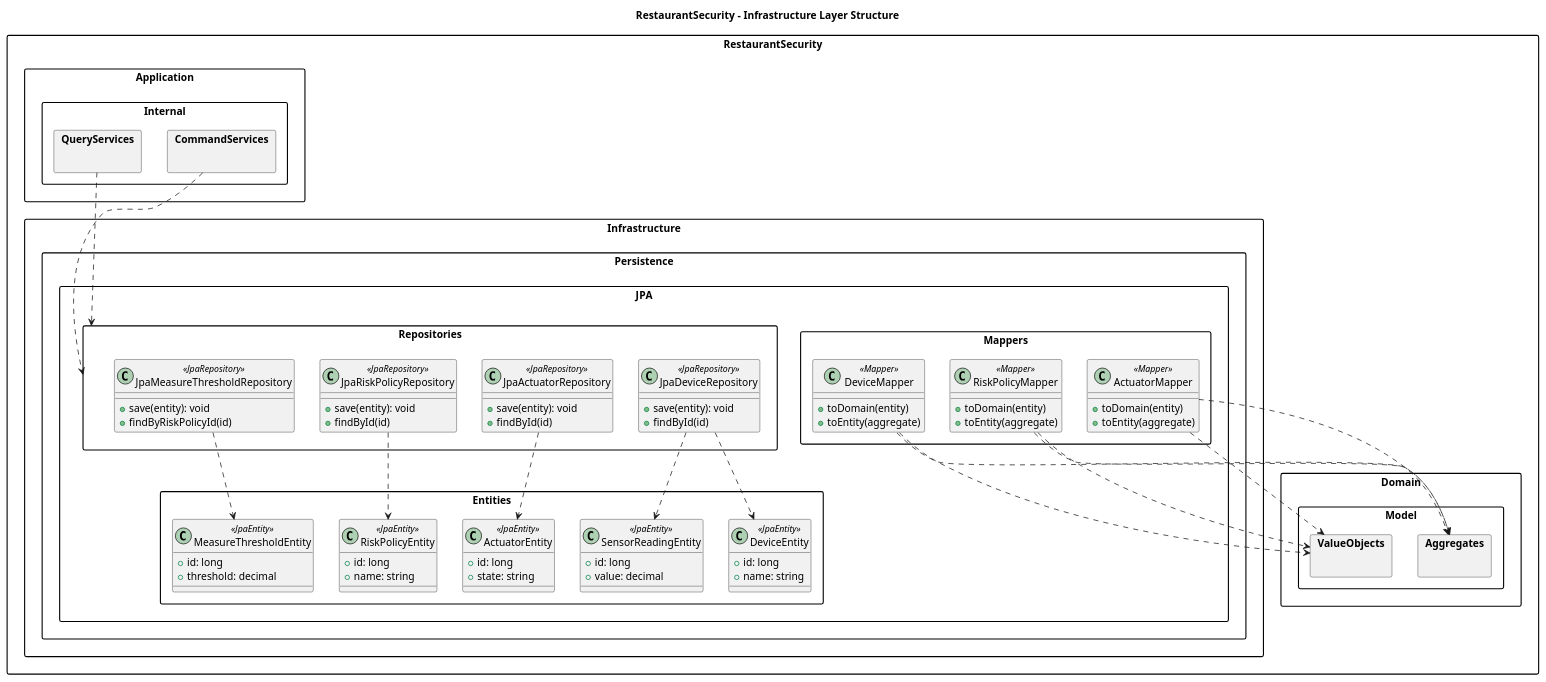
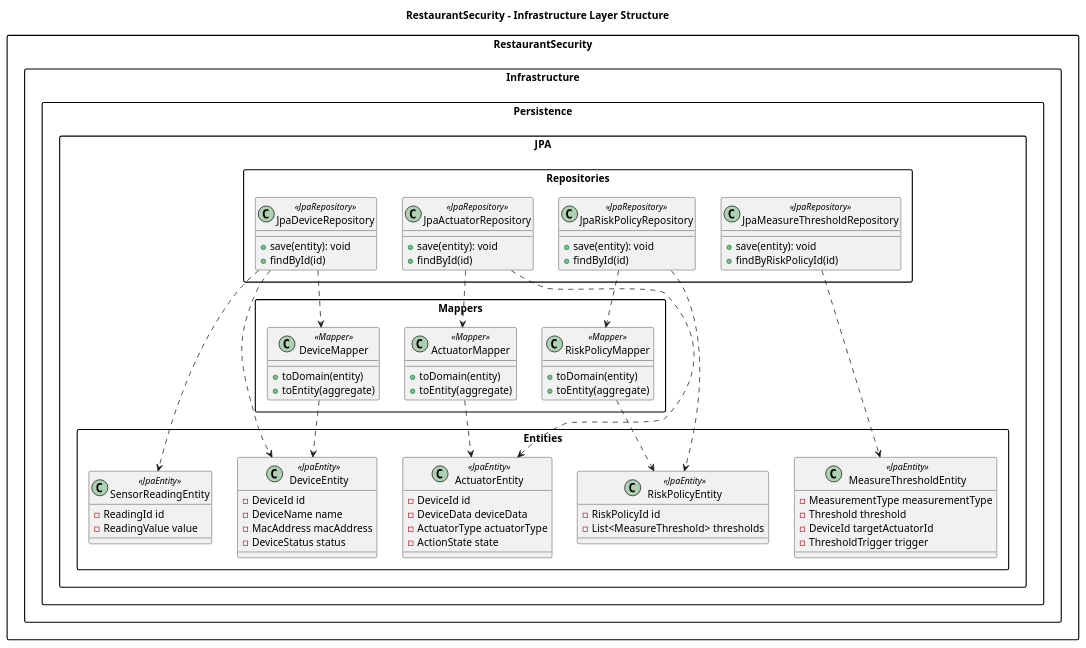
The diagram in img/capitulo_4/tactical_ddd/Security/security_infrastructure.puml (Soulware-IoT/report), drawn with PlantUML before and after one commit. The commit also changed 8 other files, not shown here.

```diff
--- a/img/capitulo_4/tactical_ddd/Security/security_infrastructure.puml
+++ b/img/capitulo_4/tactical_ddd/Security/security_infrastructure.puml
@@ -1,95 +1,86 @@
 @startuml
 skinparam packageStyle rectangle
 
 title RestaurantSecurity - Infrastructure Layer Structure
 
 package "RestaurantSecurity" {
     package "Infrastructure.Persistence" {
         package "JPA" {
             package "Entities" {
                 class DeviceEntity <<JpaEntity>> {
-                    +id: long
-                    +name: string
+                    -DeviceId id
+                    -DeviceName name
+                    -MacAddress macAddress
+                    -DeviceStatus status
                 }
                 class SensorReadingEntity <<JpaEntity>> {
-                    +id: long
-                    +value: decimal
+                    -ReadingId id
+                    -ReadingValue value
                 }
                 class ActuatorEntity <<JpaEntity>> {
-                    +id: long
-                    +state: string
+                    -DeviceId id
+                    -DeviceData deviceData
+                    -ActuatorType actuatorType
+                    -ActionState state
                 }
                 class RiskPolicyEntity <<JpaEntity>> {
-                    +id: long
-                    +name: string
+                    -RiskPolicyId id
+                    -List<MeasureThreshold> thresholds
                 }
                 class MeasureThresholdEntity <<JpaEntity>> {
-                    +id: long
-                    +threshold: decimal
+                    -MeasurementType measurementType
+                    -Threshold threshold
+                    -DeviceId targetActuatorId
+                    -ThresholdTrigger trigger
                 }
             }
             package "Mappers" {
                 class DeviceMapper <<Mapper>> {
                     +toDomain(entity)
                     +toEntity(aggregate)
                 }
                 class ActuatorMapper <<Mapper>> {
                     +toDomain(entity)
                     +toEntity(aggregate)
                 }
                 class RiskPolicyMapper <<Mapper>> {
                     +toDomain(entity)
                     +toEntity(aggregate)
                 }
             }
             package "Repositories" {
                 class JpaDeviceRepository <<JpaRepository>> {
                     +save(entity): void
                     +findById(id)
                 }
                 class JpaActuatorRepository <<JpaRepository>> {
                     +save(entity): void
                     +findById(id)
                 }
                 class JpaRiskPolicyRepository <<JpaRepository>> {
                     +save(entity): void
                     +findById(id)
                 }
                 class JpaMeasureThresholdRepository <<JpaRepository>> {
                     +save(entity): void
                     +findByRiskPolicyId(id)
                 }
             }
         }
     }
-
-    package "Domain" {
-        package "Model" {
-            package "Aggregates" {}
-            package "ValueObjects" {}
-        }
-    }
-
-    package "Application.Internal" {
-        package "CommandServices" {}
-        package "QueryServices" {}
-    }
 }
 
 ' === RELACIONES DE INFRASTRUCTURE: Security ===
 RestaurantSecurity.Infrastructure.Persistence.JPA.Repositories.JpaDeviceRepository ..> RestaurantSecurity.Infrastructure.Persistence.JPA.Entities.DeviceEntity
 RestaurantSecurity.Infrastructure.Persistence.JPA.Repositories.JpaDeviceRepository ..> RestaurantSecurity.Infrastructure.Persistence.JPA.Entities.SensorReadingEntity
 RestaurantSecurity.Infrastructure.Persistence.JPA.Repositories.JpaActuatorRepository ..> RestaurantSecurity.Infrastructure.Persistence.JPA.Entities.ActuatorEntity
 RestaurantSecurity.Infrastructure.Persistence.JPA.Repositories.JpaRiskPolicyRepository ..> RestaurantSecurity.Infrastructure.Persistence.JPA.Entities.RiskPolicyEntity
 RestaurantSecurity.Infrastructure.Persistence.JPA.Repositories.JpaMeasureThresholdRepository ..> RestaurantSecurity.Infrastructure.Persistence.JPA.Entities.MeasureThresholdEntity
 
-RestaurantSecurity.Infrastructure.Persistence.JPA.Mappers.DeviceMapper ..> RestaurantSecurity.Domain.Model.Aggregates
-RestaurantSecurity.Infrastructure.Persistence.JPA.Mappers.ActuatorMapper ..> RestaurantSecurity.Domain.Model.Aggregates
-RestaurantSecurity.Infrastructure.Persistence.JPA.Mappers.RiskPolicyMapper ..> RestaurantSecurity.Domain.Model.Aggregates
-RestaurantSecurity.Infrastructure.Persistence.JPA.Mappers.DeviceMapper ..> RestaurantSecurity.Domain.Model.ValueObjects
-RestaurantSecurity.Infrastructure.Persistence.JPA.Mappers.ActuatorMapper ..> RestaurantSecurity.Domain.Model.ValueObjects
-RestaurantSecurity.Infrastructure.Persistence.JPA.Mappers.RiskPolicyMapper ..> RestaurantSecurity.Domain.Model.ValueObjects
-
-RestaurantSecurity.Application.Internal.CommandServices ..> RestaurantSecurity.Infrastructure.Persistence.JPA.Repositories
-RestaurantSecurity.Application.Internal.QueryServices ..> RestaurantSecurity.Infrastructure.Persistence.JPA.Repositories
+RestaurantSecurity.Infrastructure.Persistence.JPA.Mappers.DeviceMapper ..> RestaurantSecurity.Infrastructure.Persistence.JPA.Entities.DeviceEntity
+RestaurantSecurity.Infrastructure.Persistence.JPA.Mappers.ActuatorMapper ..> RestaurantSecurity.Infrastructure.Persistence.JPA.Entities.ActuatorEntity
+RestaurantSecurity.Infrastructure.Persistence.JPA.Mappers.RiskPolicyMapper ..> RestaurantSecurity.Infrastructure.Persistence.JPA.Entities.RiskPolicyEntity
+RestaurantSecurity.Infrastructure.Persistence.JPA.Repositories.JpaDeviceRepository ..> RestaurantSecurity.Infrastructure.Persistence.JPA.Mappers.DeviceMapper
+RestaurantSecurity.Infrastructure.Persistence.JPA.Repositories.JpaActuatorRepository ..> RestaurantSecurity.Infrastructure.Persistence.JPA.Mappers.ActuatorMapper
+RestaurantSecurity.Infrastructure.Persistence.JPA.Repositories.JpaRiskPolicyRepository ..> RestaurantSecurity.Infrastructure.Persistence.JPA.Mappers.RiskPolicyMapper
 @enduml
```
